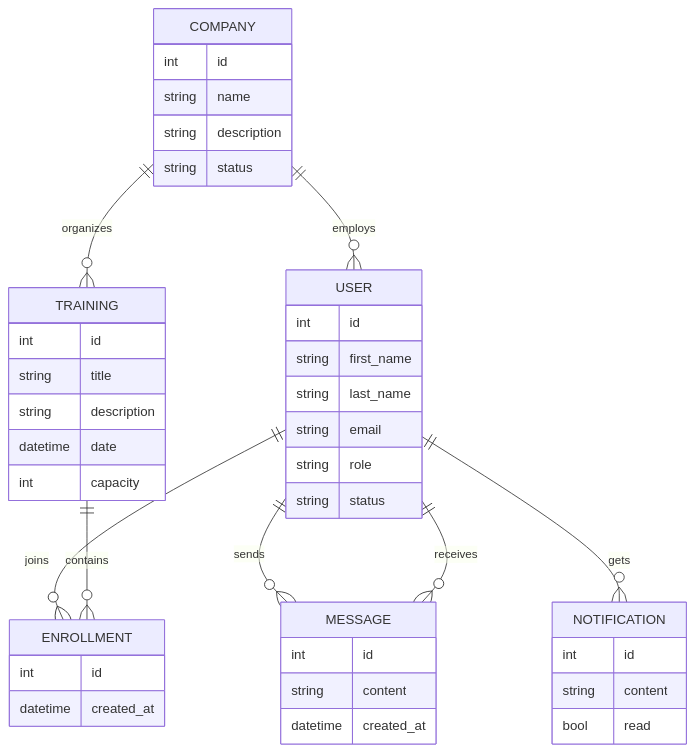
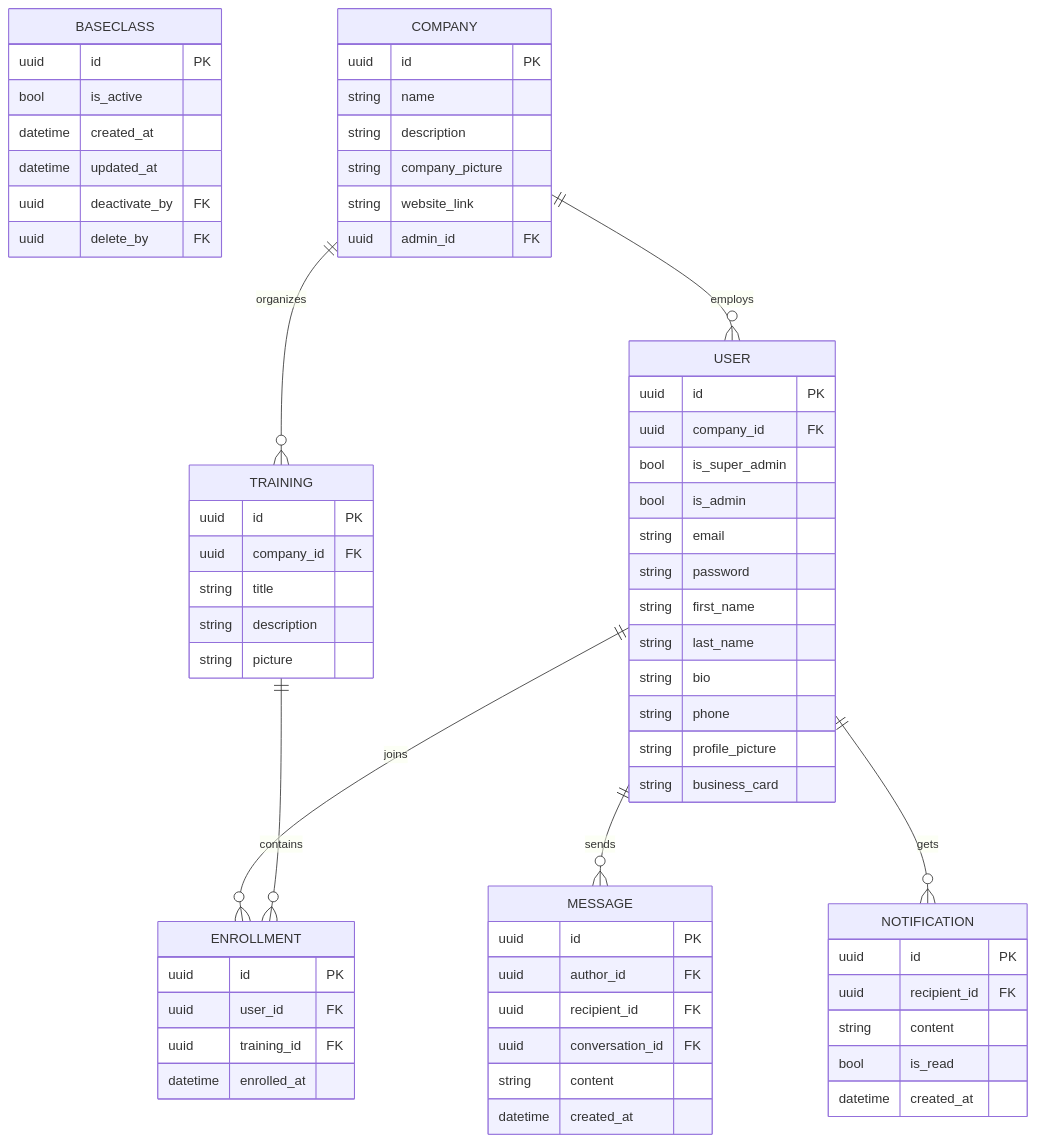
The second of 5 diagrams in docs/stage3.md (tomvieilledent/portfolio-MDE_dashboard), drawn with Mermaid before and after one commit. The commit also changed other lines of this file and 27 other files, not shown here.

````diff
--- a/docs/stage3.md
+++ b/docs/stage3.md
@@ -153,51 +166,79 @@
 ```mermaid
 erDiagram
-	COMPANY ||--o{ USER : employs
-	USER ||--o{ ENROLLMENT : joins
-	TRAINING ||--o{ ENROLLMENT : contains
-	USER ||--o{ MESSAGE : sends
-	USER ||--o{ MESSAGE : receives
-	USER ||--o{ NOTIFICATION : gets
-	COMPANY ||--o{ TRAINING : organizes
+	%% BaseClass centralise les champs communs à toutes les entités
+	BASECLASS {
+		uuid id PK
+		bool is_active
+		datetime created_at
+		datetime updated_at
+		uuid deactivate_by FK
+		uuid delete_by FK
+	}
 
+	%% Entités principales avec clés étrangères explicites
 	COMPANY {
-		int id
+		uuid id PK
 		string name
 		string description
-		string status
+		string company_picture
+		string website_link
+		uuid admin_id FK
 	}
 
 	USER {
-		int id
+		uuid id PK
+		uuid company_id FK
+		bool is_super_admin
+		bool is_admin
+		string email
+		string password
 		string first_name
 		string last_name
-		string email
-		string role
-		string status
+		string bio
+		string phone
+		string profile_picture
+		string business_card
 	}
 
 	TRAINING {
-		int id
+		uuid id PK
+		uuid company_id FK
 		string title
 		string description
-		datetime date
-		int capacity
+		string picture
 	}
 
 	ENROLLMENT {
-		int id
-		datetime created_at
+		uuid id PK
+		uuid user_id FK
+		uuid training_id FK
+		datetime enrolled_at
 	}
 
 	MESSAGE {
-		int id
+		uuid id PK
+		uuid author_id FK
+		uuid recipient_id FK
+		uuid conversation_id FK
 		string content
 		datetime created_at
 	}
 
 	NOTIFICATION {
-		int id
+		uuid id PK
+		uuid recipient_id FK
 		string content
-		bool read
+		bool is_read
+		datetime created_at
 	}
+
+	%% Relations (cardinalités)
+	COMPANY ||--o{ USER : employs
+	COMPANY ||--o{ TRAINING : organizes
+	USER ||--o{ ENROLLMENT : joins
+	TRAINING ||--o{ ENROLLMENT : contains
+	USER ||--o{ MESSAGE : sends
+	USER ||--o{ NOTIFICATION : gets
+
+	%% Note: add a Conversation table if you need group chats / rooms
 ```
````
